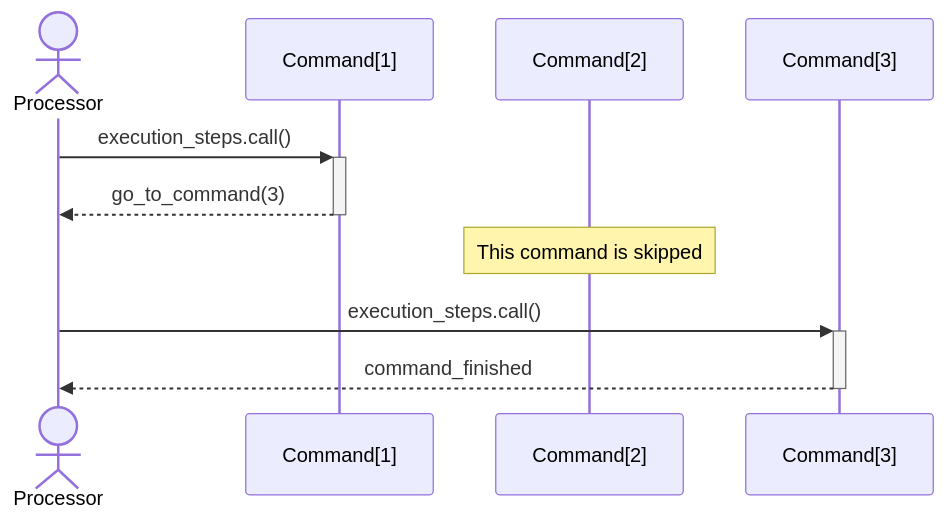
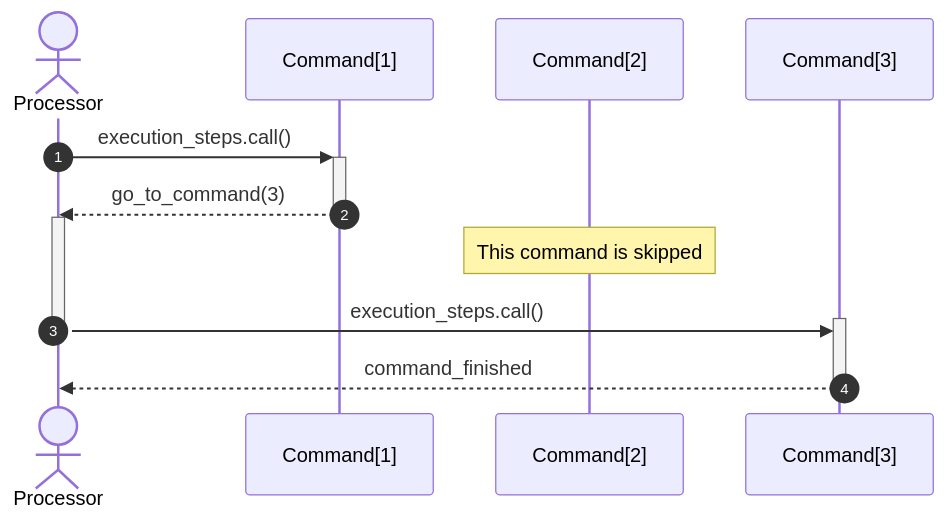
One commit to AnidemDex/Blockflow changed the second of 2 diagrams in commands/README.md. Above: the diagram before and after it, drawn with Mermaid.

Commit message:
Update command flow diagram

````diff
--- a/commands/README.md
+++ b/commands/README.md
@@ -28,13 +28,16 @@
 ```mermaid
 sequenceDiagram
   Actor Processor
+  autonumber
   Participant CommandA as Command[1]
   Participant CommandB as Command[2]
   Participant CommandC as Command[3]
 
   Processor ->>+ CommandA: execution_steps.call()
   CommandA -->>- Processor: go_to_command(3)
+  activate Processor
   Note over CommandB: This command is skipped
   Processor ->>+ CommandC: execution_steps.call()
+  deactivate Processor
   CommandC -->>- Processor: command_finished
 ```
````
